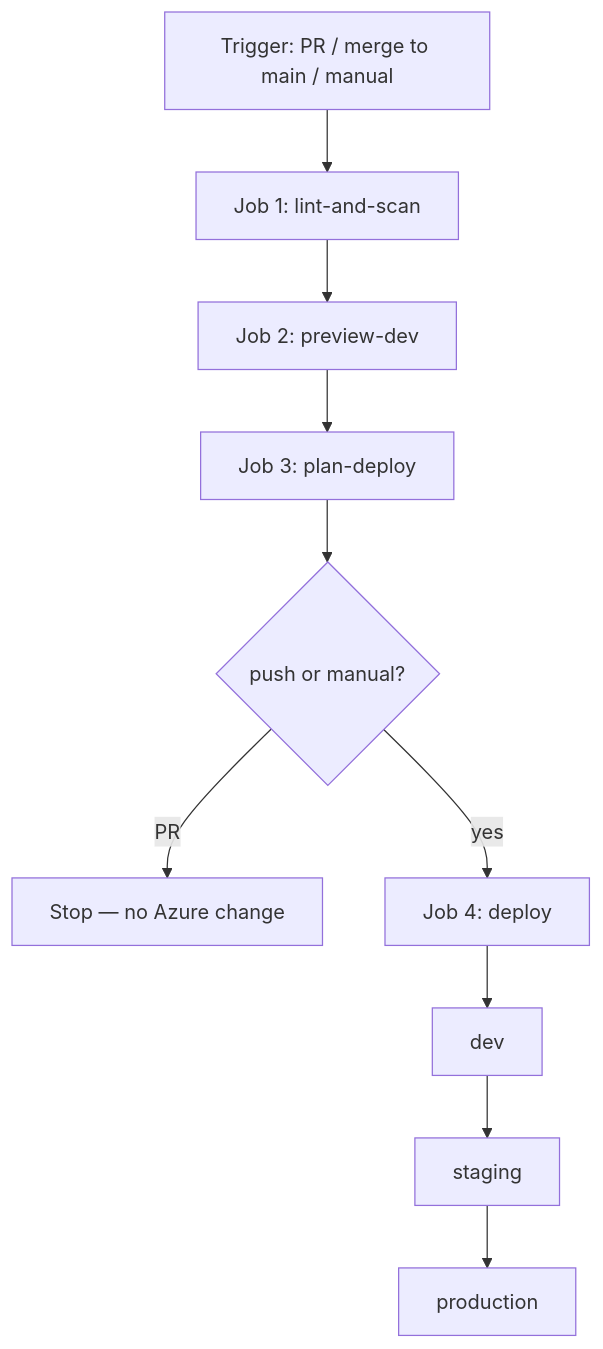
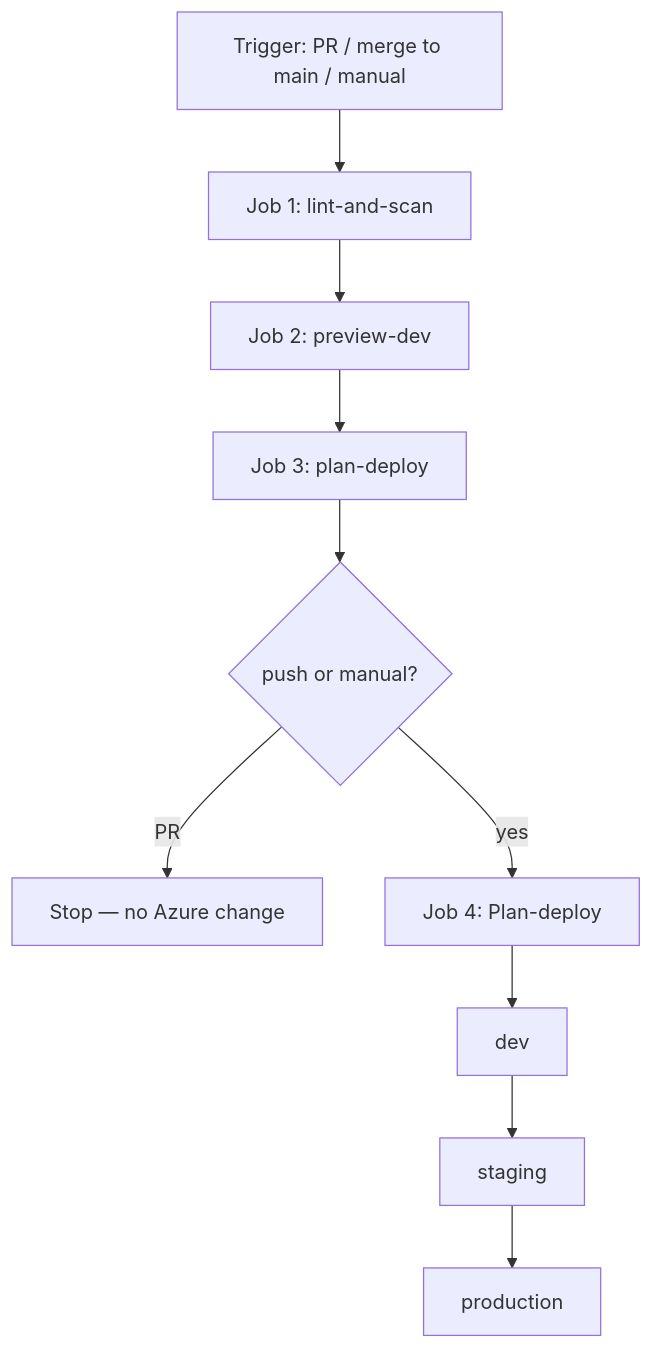
The diagram in README.md (azdevopstraining/infra-cloud), drawn with Mermaid before and after one commit.

````diff
--- a/README.md
+++ b/README.md
@@ -182,12 +182,12 @@
 ```mermaid
 flowchart TD
   T["Trigger: PR / merge to main / manual"] --> J1["Job 1: lint-and-scan"]
   J1 --> J2["Job 2: preview-dev"]
   J2 --> J3["Job 3: plan-deploy"]
   J3 --> D{"push or manual?"}
   D -->|PR| Stop["Stop — no Azure change"]
-  D -->|yes| J4["Job 4: deploy"]
+  D -->|yes| J4["Job 4: Plan-deploy"]
   J4 --> Dev["dev"]
   Dev --> Stg["staging"]
   Stg --> Prd["production"]
 ```
````
